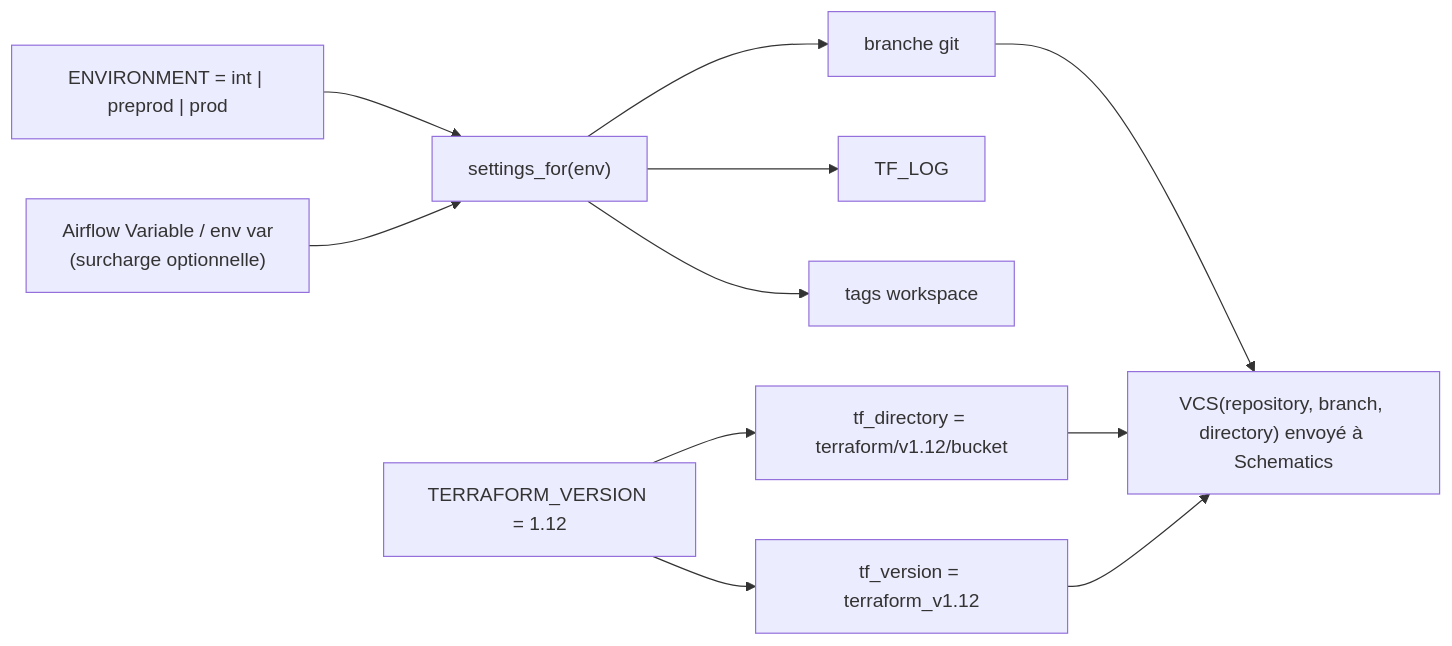
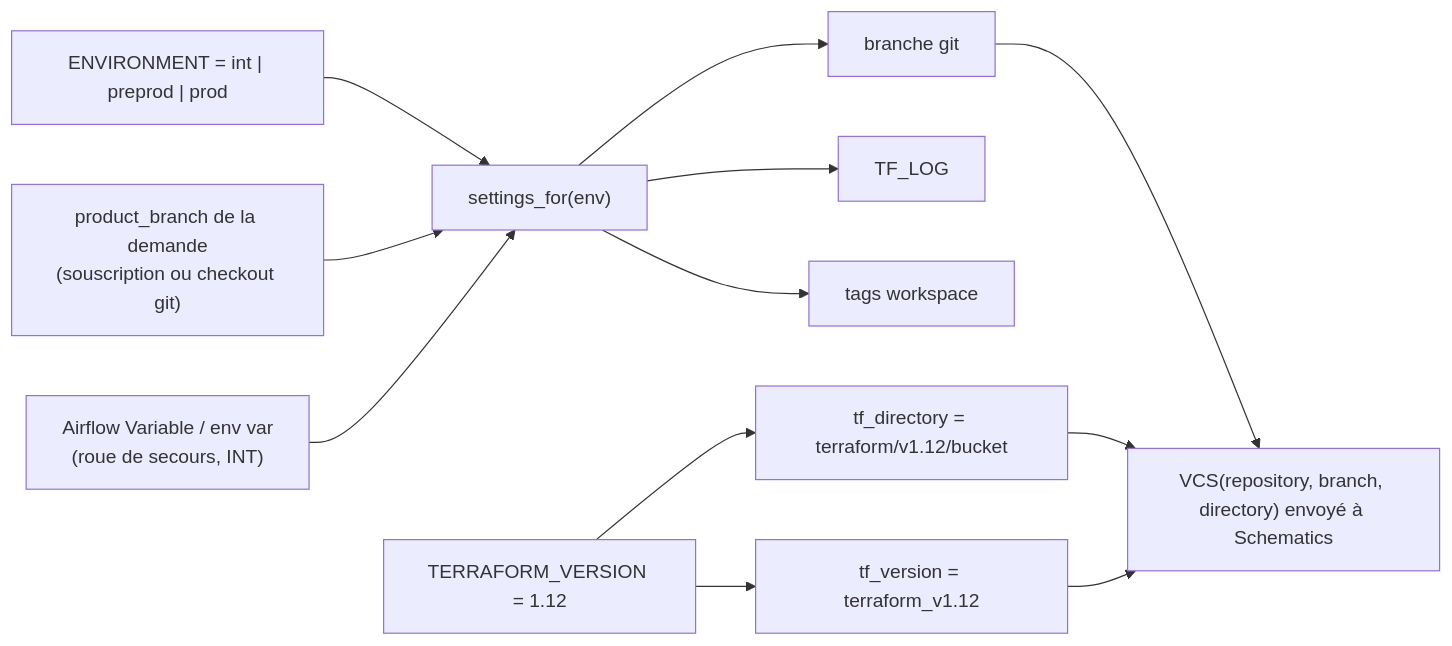
One commit to karimessouabni/cos changed the seventh of 7 diagrams in cos/terraform/README.md. Above: the diagram before and after it, drawn with Mermaid. The commit also changed other lines of this file and 8 other files, not shown here.

First line of the commit message:
schematics_service: clone the branch the DAG runs on, guard pprod/prod

````diff
--- a/cos/terraform/README.md
+++ b/cos/terraform/README.md
@@ -333,11 +339,12 @@
 ```mermaid
 flowchart LR
     ENV["ENVIRONMENT = int | preprod | prod"] --> S["settings_for(env)"]
+    PB["product_branch de la demande<br/>(souscription ou checkout git)"] --> S
     S --> BR["branche git"]
     S --> TL["TF_LOG"]
     S --> TG["tags workspace"]
-    AV["Airflow Variable / env var<br/>(surcharge optionnelle)"] --> S
+    AV["Airflow Variable / env var<br/>(roue de secours, INT)"] --> S
     TV["TERRAFORM_VERSION = 1.12"] --> DIR["tf_directory = terraform/v1.12/bucket"]
     TV --> LBL["tf_version = terraform_v1.12"]
     BR & DIR & LBL --> VCS["VCS(repository, branch, directory) envoyé à Schematics"]
 ```
````
